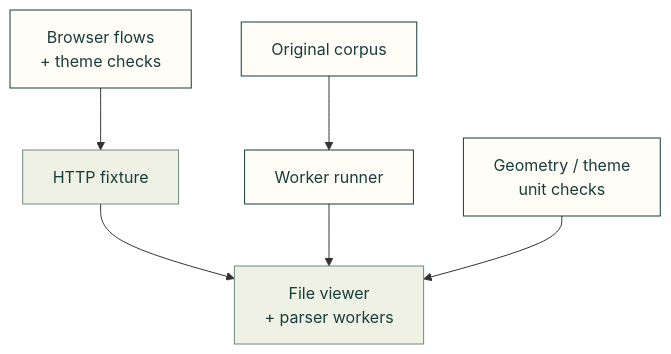
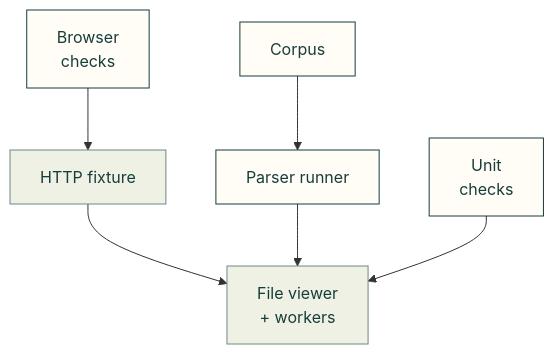
Before and after one commit to Valpatel/cad-agent: the diagram in tests/webkit/files/README.md, drawn with Mermaid.

Commit message:
docs(viewers): leave clear margin around the test map

````diff
--- a/tests/webkit/files/README.md
+++ b/tests/webkit/files/README.md
@@ -5,12 +5,12 @@
 ```mermaid
 flowchart TD
-    B["Browser flows<br/>+ theme checks"] --> S["HTTP fixture"]
-    S --> V["File viewer<br/>+ parser workers"]
-    C["Original corpus"] --> W["Worker runner"] --> V
-    U["Geometry / theme<br/>unit checks"] --> V
+    B["Browser<br/>checks"] --> S["HTTP fixture"]
+    S --> V["File viewer<br/>+ workers"]
+    C["Corpus"] --> W["Parser runner"] --> V
+    U["Unit<br/>checks"] --> V
     classDef here fill:#fffdf5,stroke:#173d3c,color:#173d3c
     classDef near fill:#eef1e4,stroke:#6f8a80,color:#173d3c
     classDef out fill:#ffe1cc,stroke:#bd3a12,color:#173d3c
     class B,C,W,U here
     class S,V near
 ```
````
